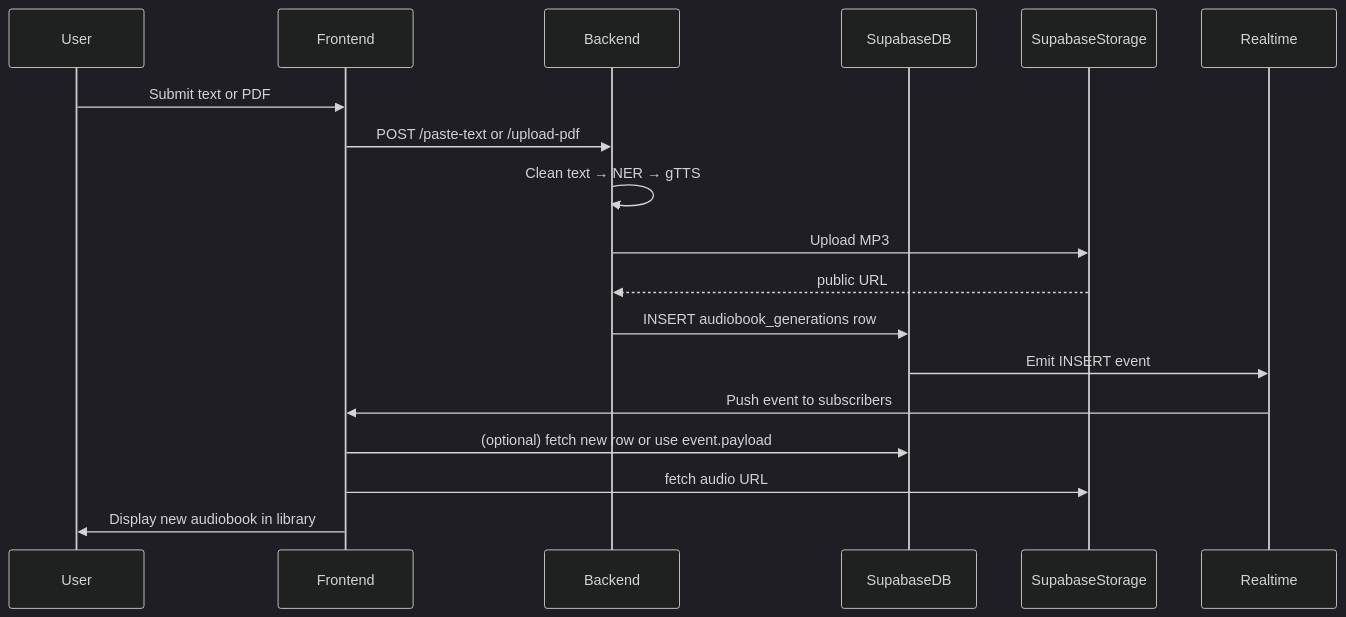
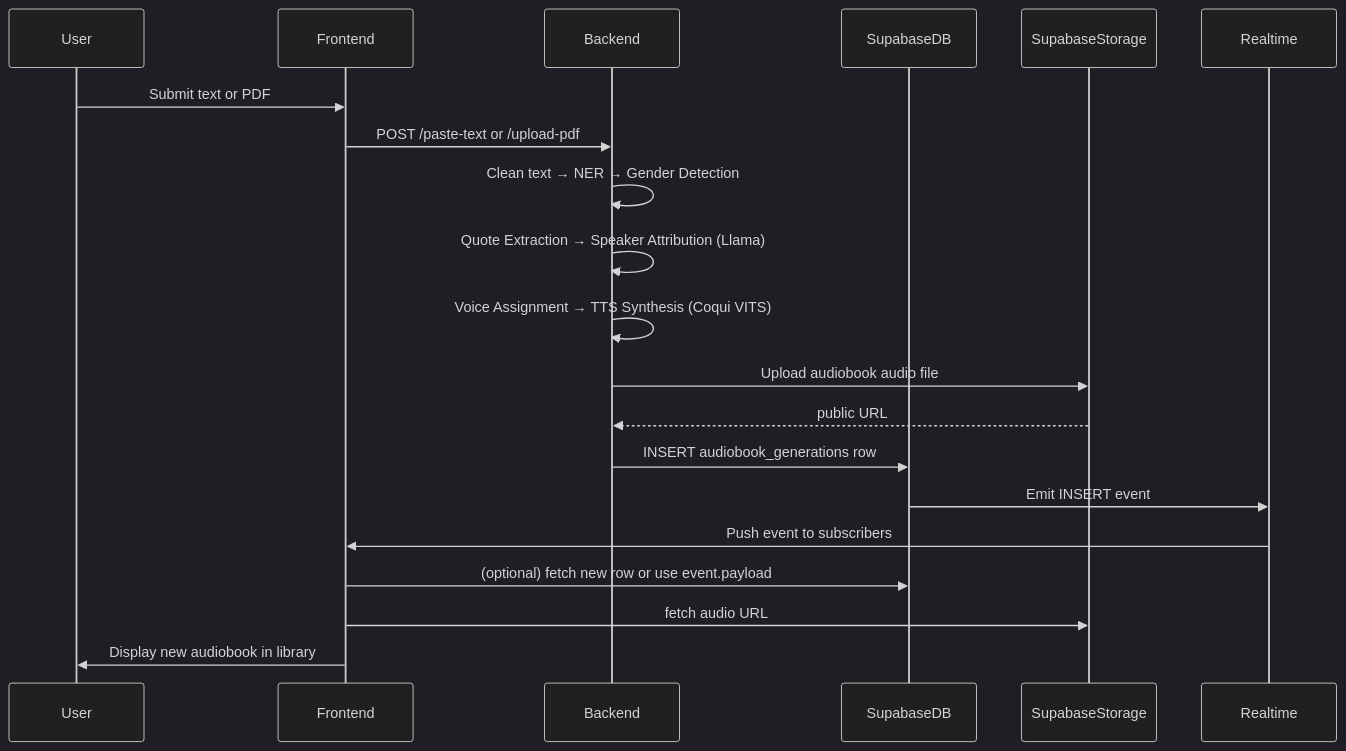
The diagram in README.md (abhilash-20/demo_tts), drawn with Mermaid (dark theme) before and after one commit. The commit also changed other lines of this file, not shown here.

````diff
--- a/README.md
+++ b/README.md
@@ -19,21 +63,22 @@
 ```mermaid
 sequenceDiagram
   participant User
   participant Frontend
   participant Backend
   participant SupabaseDB
   participant SupabaseStorage
   participant Realtime
-
   User->>Frontend: Submit text or PDF
   Frontend->>Backend: POST /paste-text or /upload-pdf
-  Backend->>Backend: Clean text → NER → gTTS
-  Backend->>SupabaseStorage: Upload MP3
+  Backend->>Backend: Clean text → NER → Gender Detection
+  Backend->>Backend: Quote Extraction → Speaker Attribution (Llama)
+  Backend->>Backend: Voice Assignment → TTS Synthesis (Coqui VITS)
+  Backend->>SupabaseStorage: Upload audiobook audio file
   SupabaseStorage-->>Backend: public URL
   Backend->>SupabaseDB: INSERT audiobook_generations row
   SupabaseDB->>Realtime: Emit INSERT event
   Realtime->>Frontend: Push event to subscribers
   Frontend->>SupabaseDB: (optional) fetch new row or use event.payload
   Frontend->>SupabaseStorage: fetch audio URL
   Frontend->>User: Display new audiobook in library
 ```
````
